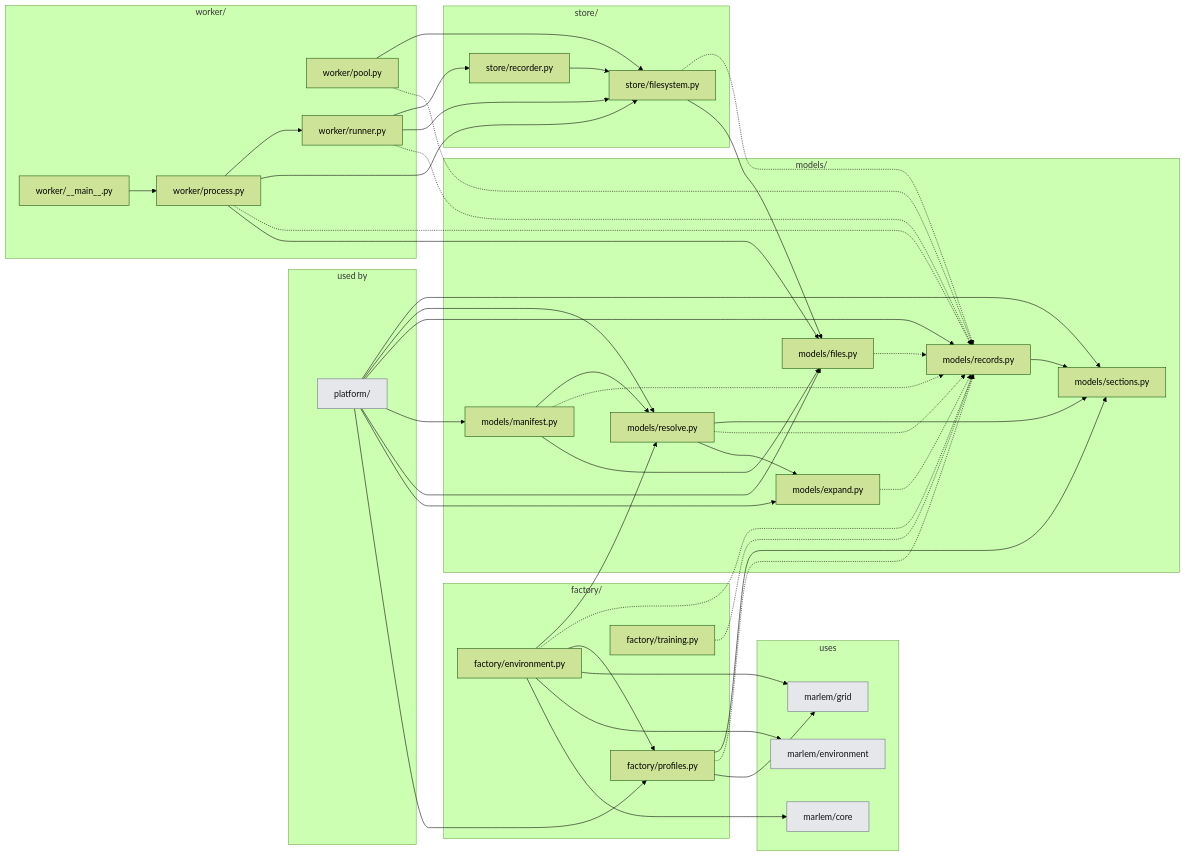
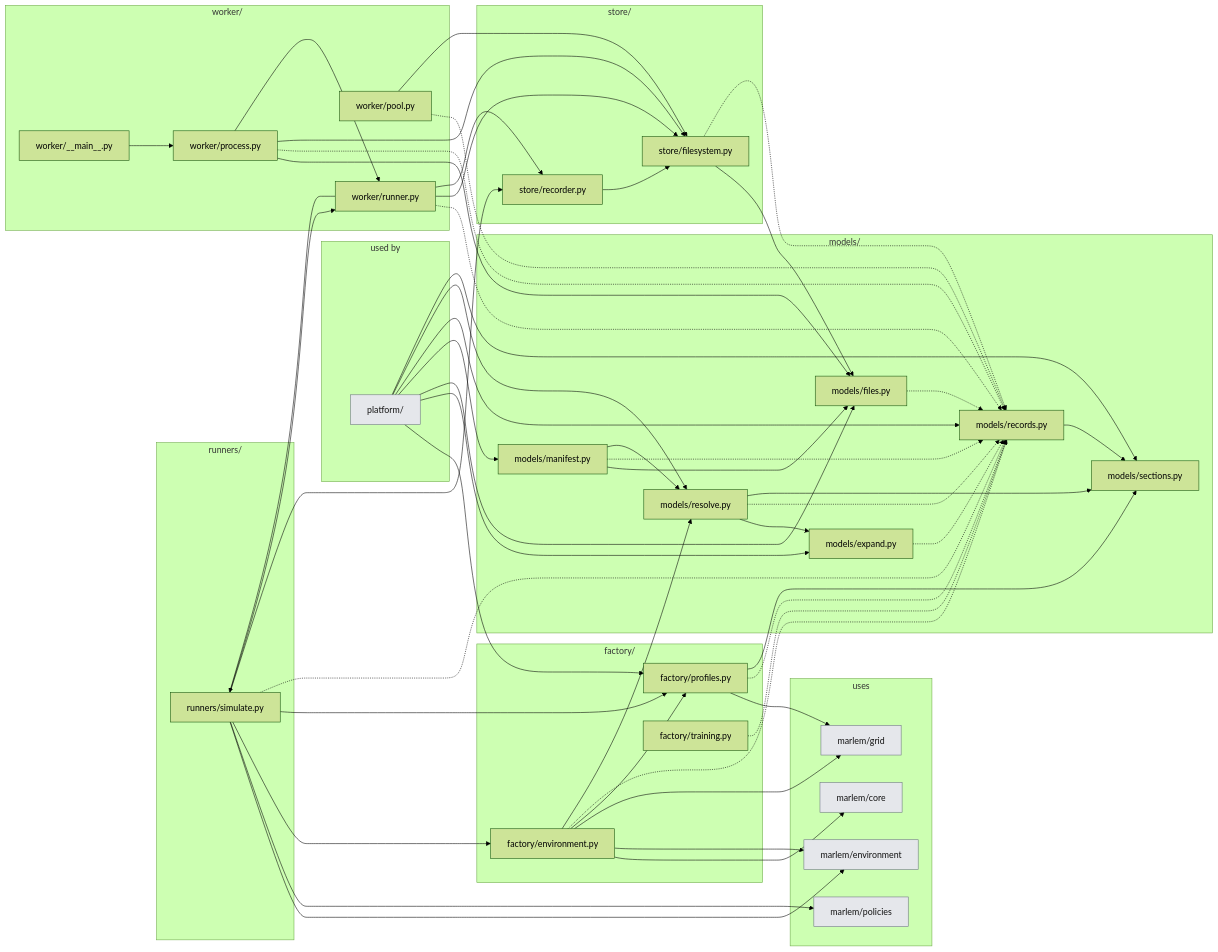
Before and after one commit to KevinRapo/P2P-thesis: the second of 4 diagrams in docs_thesis/thesis/architecture/03-experiment-layer.md, drawn with Mermaid (forest theme). The commit also changed 11 other files, not shown here.

Commit message:
feat(runs): simulate runs through the worker, replayable run folder (M7)

```diff
--- a/docs_thesis/thesis/architecture/03-experiment-layer.md
+++ b/docs_thesis/thesis/architecture/03-experiment-layer.md
@@ -60,6 +60,9 @@
     n_platform_experiments_models_resolve["models/resolve.py"]
     n_platform_experiments_models_sections["models/sections.py"]
   end
+  subgraph g_runners["runners/"]
+    n_platform_experiments_runners_simulate["runners/simulate.py"]
+  end
   subgraph g_store["store/"]
     n_platform_experiments_store_filesystem["store/filesystem.py"]
     n_platform_experiments_store_recorder["store/recorder.py"]
@@ -74,6 +77,7 @@
     n_marlem_core["marlem/core"]:::ext
     n_marlem_environment["marlem/environment"]:::ext
     n_marlem_grid["marlem/grid"]:::ext
+    n_marlem_policies["marlem/policies"]:::ext
   end
   n_platform__users_ --> n_platform_experiments_factory_profiles
   n_platform__users_ --> n_platform_experiments_models_expand
@@ -101,6 +105,13 @@
   n_platform_experiments_models_resolve --> n_platform_experiments_models_expand
   n_platform_experiments_models_resolve -.-> n_platform_experiments_models_records
   n_platform_experiments_models_resolve --> n_platform_experiments_models_sections
+  n_platform_experiments_runners_simulate --> n_marlem_environment
+  n_platform_experiments_runners_simulate --> n_marlem_policies
+  n_platform_experiments_runners_simulate --> n_platform_experiments_factory_environment
+  n_platform_experiments_runners_simulate --> n_platform_experiments_factory_profiles
+  n_platform_experiments_runners_simulate -.-> n_platform_experiments_models_records
+  n_platform_experiments_runners_simulate --> n_platform_experiments_store_recorder
+  n_platform_experiments_runners_simulate --> n_platform_experiments_worker_runner
   n_platform_experiments_store_filesystem --> n_platform_experiments_models_files
   n_platform_experiments_store_filesystem -.-> n_platform_experiments_models_records
   n_platform_experiments_store_recorder --> n_platform_experiments_store_filesystem
@@ -112,6 +123,7 @@
   n_platform_experiments_worker_process --> n_platform_experiments_store_filesystem
   n_platform_experiments_worker_process --> n_platform_experiments_worker_runner
   n_platform_experiments_worker_runner -.-> n_platform_experiments_models_records
+  n_platform_experiments_worker_runner --> n_platform_experiments_runners_simulate
   n_platform_experiments_worker_runner --> n_platform_experiments_store_filesystem
   n_platform_experiments_worker_runner --> n_platform_experiments_store_recorder
   classDef ext fill:#e5e7eb,stroke:#6b7280,color:#111
```
